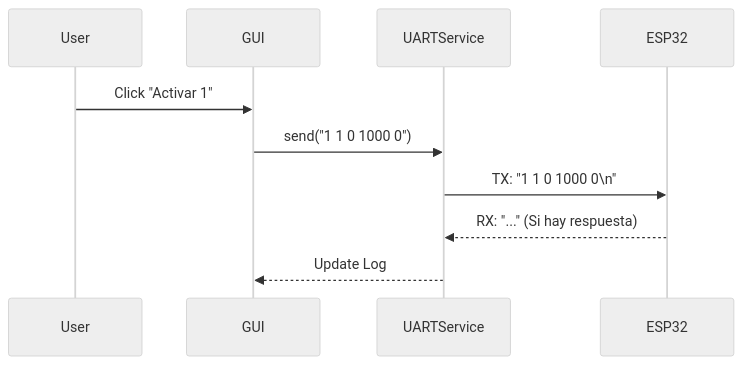
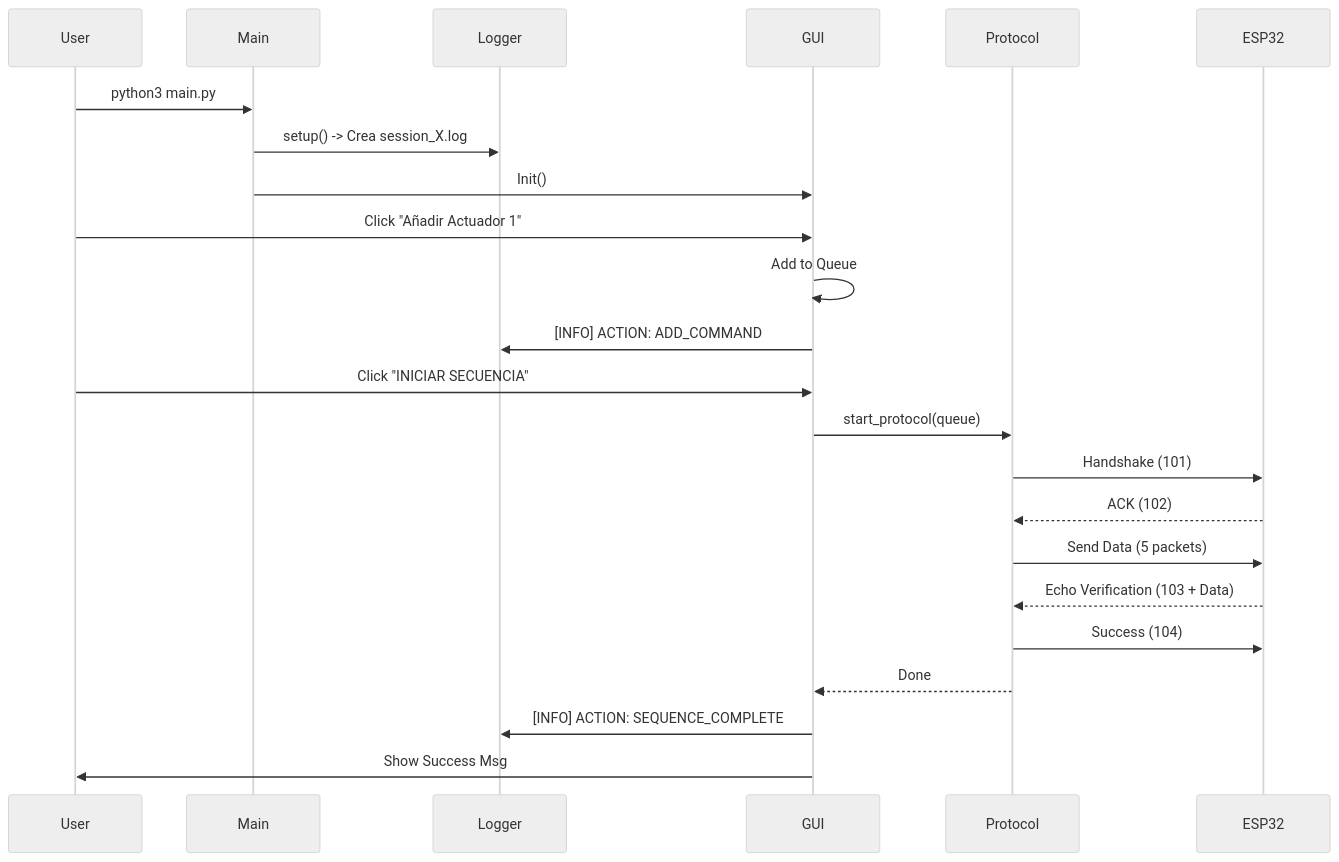
One commit to DanielMf31/Proyecto_Demeter changed the diagram in docs/Architecture/System_Architecture_Python.md. Above: the diagram before and after it, drawn with Mermaid (neutral theme). The commit also changed other lines of this file, not shown here.

````diff
--- a/docs/Architecture/System_Architecture_Python.md
+++ b/docs/Architecture/System_Architecture_Python.md
@@ -28,13 +44,30 @@
 ```mermaid
 sequenceDiagram
     participant User
+    participant Main
+    participant Logger
     participant GUI
-    participant UARTService
+    participant Protocol
     participant ESP32
 
-    User->>GUI: Click "Activar 1"
-    GUI->>UARTService: send("1 1 0 1000 0")
-    UARTService->>ESP32: TX: "1 1 0 1000 0\n"
-    ESP32-->>UARTService: RX: "..." (Si hay respuesta)
-    UARTService-->>GUI: Update Log
+    User->>Main: python3 main.py
+    Main->>Logger: setup() -> Crea session_X.log
+    Main->>GUI: Init()
+
+    User->>GUI: Click "Añadir Actuador 1"
+    GUI->>GUI: Add to Queue
+    GUI->>Logger: [INFO] ACTION: ADD_COMMAND
+
+    User->>GUI: Click "INICIAR SECUENCIA"
+    GUI->>Protocol: start_protocol(queue)
+    
+    Protocol->>ESP32: Handshake (101)
+    ESP32-->>Protocol: ACK (102)
+    Protocol->>ESP32: Send Data (5 packets)
+    ESP32-->>Protocol: Echo Verification (103 + Data)
+    Protocol->>ESP32: Success (104)
+    
+    Protocol-->>GUI: Done
+    GUI->>Logger: [INFO] ACTION: SEQUENCE_COMPLETE
+    GUI->>User: Show Success Msg
 ```
````
